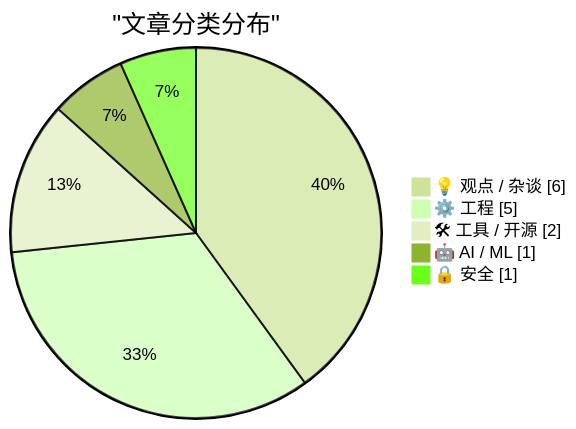
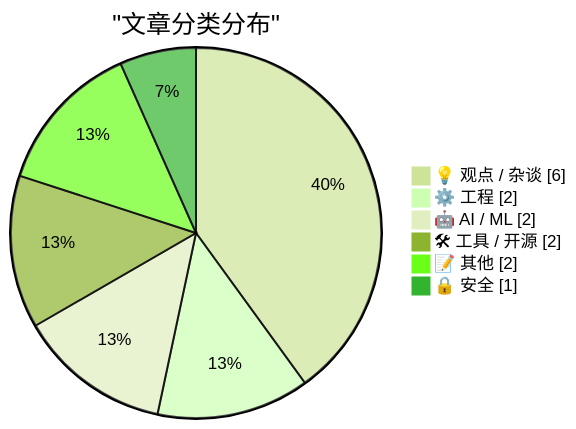
The first of 2 diagrams in content/digest_2026-06-06.md (SamhooXee/aidigest), drawn with Mermaid (forest theme) before and after one commit. The commit also changed other lines of this file, not shown here.

````diff
--- a/content/digest_2026-06-06.md
+++ b/content/digest_2026-06-06.md
@@ -53,9 +53,10 @@
 ```mermaid
 pie showData
     title "文章分类分布"
     "💡 观点 / 杂谈" : 6
-    "⚙️ 工程" : 5
+    "⚙️ 工程" : 2
+    "🤖 AI / ML" : 2
     "🛠 工具 / 开源" : 2
-    "🤖 AI / ML" : 1
+    "📝 其他" : 2
     "🔒 安全" : 1
 ```
````
